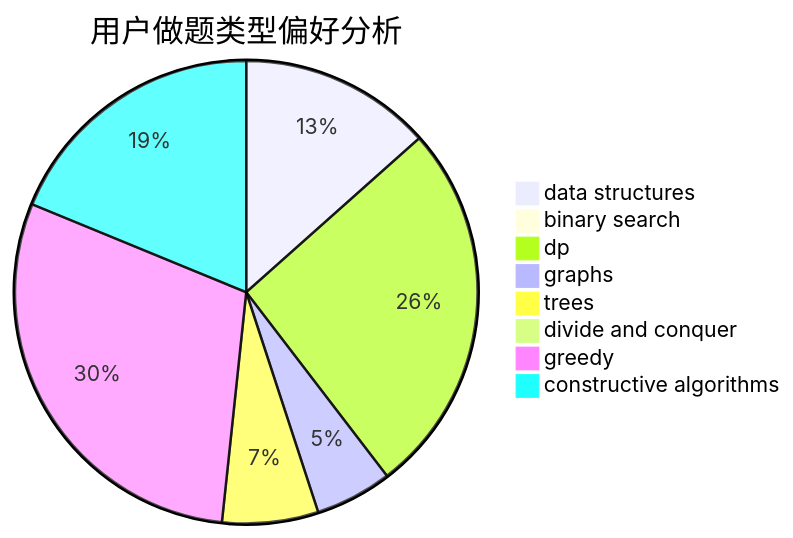
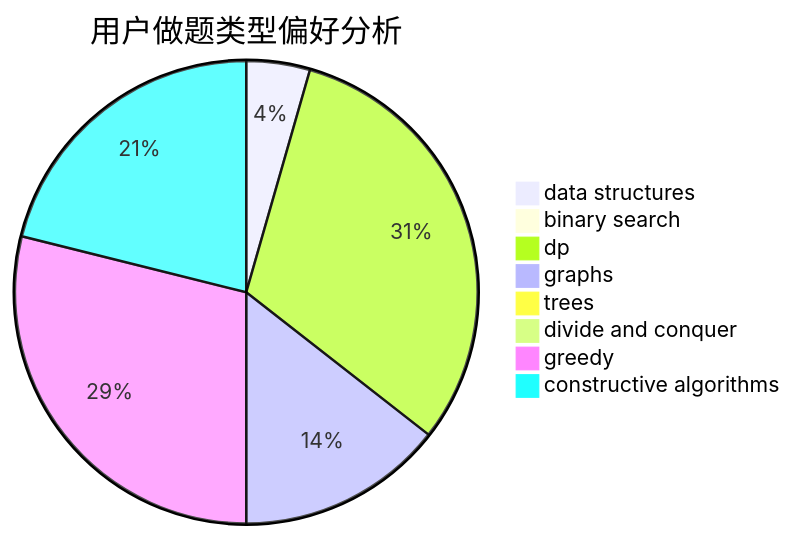
Before and after one commit to sherpahu/cfrs.github.io: the second of 3 diagrams in docs/user/u2177.md, drawn with Mermaid. The commit also changed other lines of this file and 2770 other files, not shown here.

````diff
--- a/docs/user/u2177.md
+++ b/docs/user/u2177.md
@@ -23,11 +23,11 @@
 ```mermaid
 pie title 用户做题类型偏好分析
-    "data structures" :  20
+    "data structures" :  4
     "binary search" :  0
-    "dp" :  39
-    "graphs" :  8
-    "trees" :  10
+    "dp" :  28
+    "graphs" :  13
+    "trees" :  0
     "divide and conquer" :  0
-    "greedy" :  44
-    "constructive algorithms" :  28
+    "greedy" :  26
+    "constructive algorithms" :  19
 ```
````
